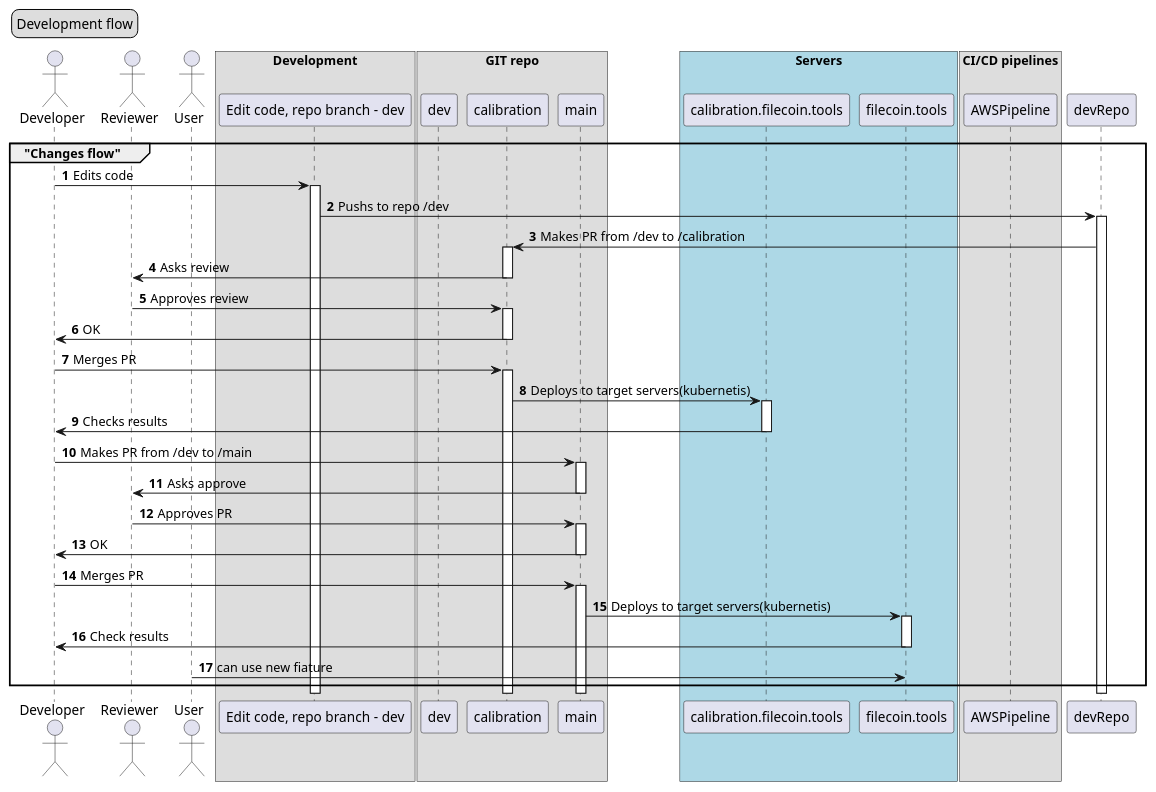
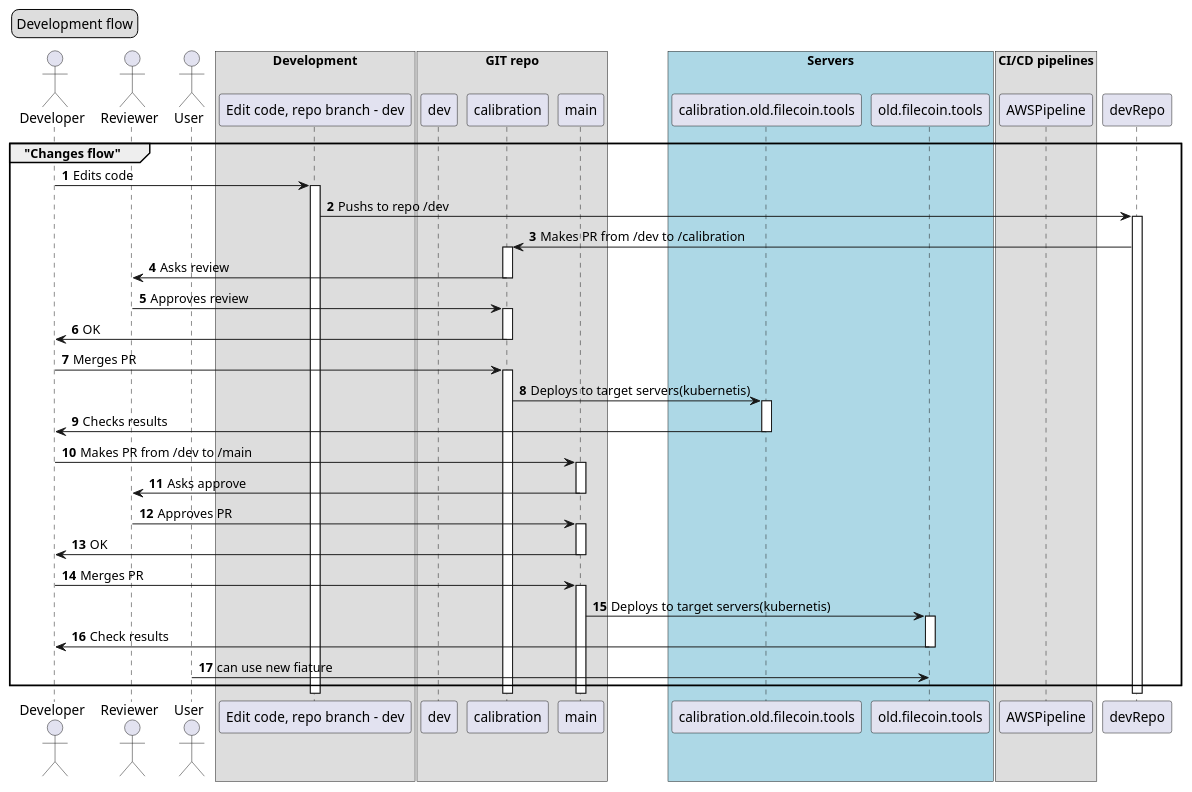
One commit to protofire/filecoin-CID-checker changed the diagram in docs/development-flow.puml. Above: the diagram before and after it, drawn with PlantUML. The commit also changed 3 other files, not shown here.

Commit message:
Change domain: filecoin.tools -> old.filecoin.tools (#250)

```diff
--- a/docs/development-flow.puml
+++ b/docs/development-flow.puml
@@ -1,52 +1,52 @@
 @startuml
 
 legend top left
   Development flow
 end legend
 
 actor "Developer" as developer
 actor "Reviewer" as reviewer
 actor "User" as user
 
 autonumber
 
 box "Development"
 participant "Edit code, repo branch - dev" as editCode
 end box
 
 box "GIT repo"
 participant "dev" as repoDev
 participant "calibration" as repoCalibration
 participant "main" as repoMainnet
 end box
 
 box "Servers" #LightBlue
-participant "calibration.filecoin.tools" as calibration
-participant "filecoin.tools" as mainnet
+participant "calibration.old.filecoin.tools" as calibration
+participant "old.filecoin.tools" as mainnet
 end box
 
 box "CI/CD pipelines"
 participant "AWSPipeline" as aws
 end box
 
 group "Changes flow"
 developer -> editCode++: Edits code
 editCode -> devRepo++: Pushs to repo /dev
 devRepo -> repoCalibration++: Makes PR from /dev to /calibration
 repoCalibration -> reviewer--: Asks review
 reviewer -> repoCalibration++: Approves review
 repoCalibration -> developer--: OK
 developer -> repoCalibration++: Merges PR
 repoCalibration -> calibration++: Deploys to target servers(kubernetis)
 calibration -> developer--: Checks results
 developer -> repoMainnet++: Makes PR from /dev to /main
 repoMainnet -> reviewer--: Asks approve
 reviewer -> repoMainnet++: Approves PR
 repoMainnet -> developer--: OK
 developer -> repoMainnet++: Merges PR
 repoMainnet -> mainnet++: Deploys to target servers(kubernetis)
 mainnet -> developer--: Check results
 user -> mainnet: can use new fiature
 end group
 
 @enduml
```
